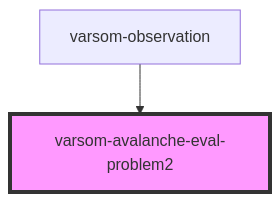
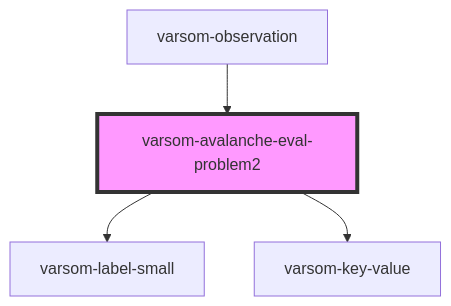
One commit to NVE/varsom-observation changed the diagram in observasjonskort/src/components/varsom-avalanche-eval-problem2/readme.md. Above: the diagram before and after it, drawn with Mermaid. The commit also changed other lines of this file and 3 other files, not shown here.

````diff
--- a/observasjonskort/src/components/varsom-avalanche-eval-problem2/readme.md
+++ b/observasjonskort/src/components/varsom-avalanche-eval-problem2/readme.md
@@ -50,5 +55,7 @@
 ```mermaid
 graph TD;
+  varsom-avalanche-eval-problem2 --> varsom-label-small
+  varsom-avalanche-eval-problem2 --> varsom-key-value
   varsom-observation --> varsom-avalanche-eval-problem2
   style varsom-avalanche-eval-problem2 fill:#f9f,stroke:#333,stroke-width:4px
 ```
````
